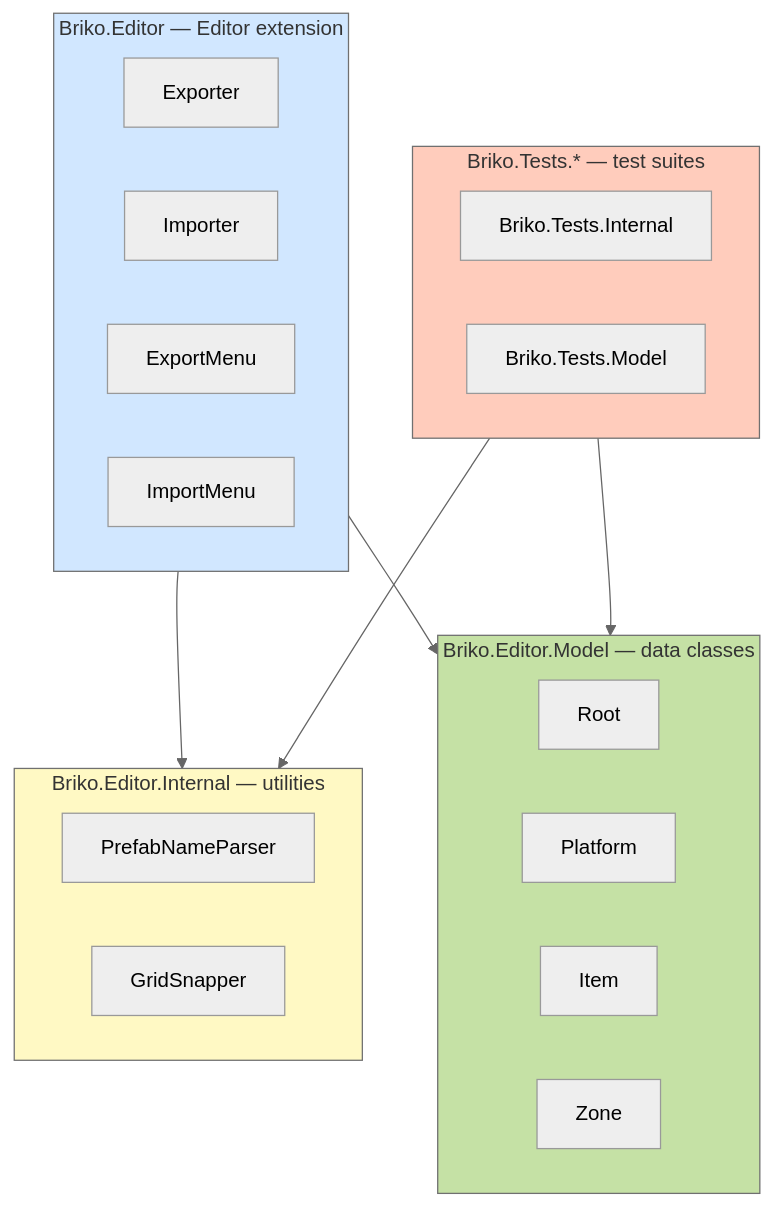
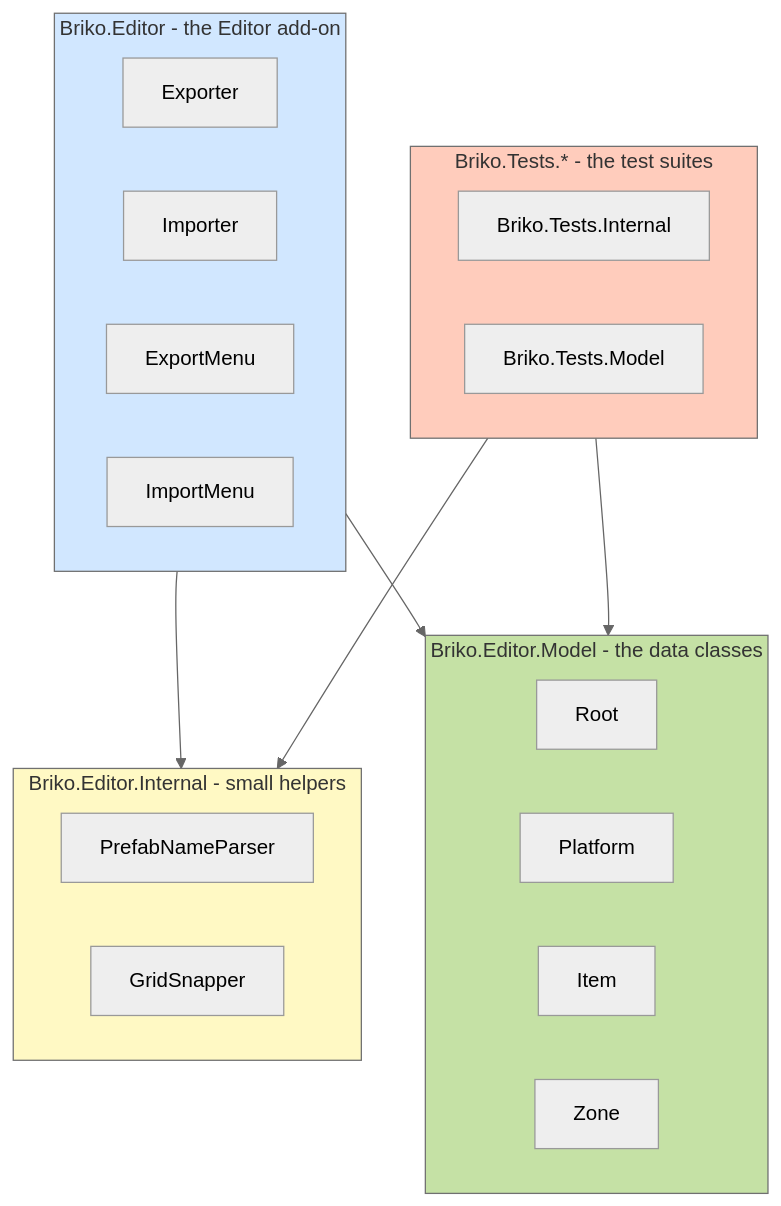
The eighth of 11 diagrams in README.md (hiroxpepe/briko), drawn with Mermaid (neutral theme) before and after one commit. The commit also changed other lines of this file and 1 other file, not shown here.

````diff
--- a/README.md
+++ b/README.md
@@ -317,36 +351,36 @@
 ```mermaid
 graph TB
-    subgraph Editor["Briko.Editor — Editor extension"]
+    subgraph Editor["Briko.Editor - the Editor add-on"]
         Exp[Exporter]
         Imp[Importer]
         EM[ExportMenu]
         IM[ImportMenu]
     end
 
-    subgraph Internal["Briko.Editor.Internal — utilities"]
+    subgraph Internal["Briko.Editor.Internal - small helpers"]
         Parse[PrefabNameParser]
         Snap[GridSnapper]
     end
 
-    subgraph Model["Briko.Editor.Model — data classes"]
+    subgraph Model["Briko.Editor.Model - the data classes"]
         Root[Root]
         Plat[Platform]
         Item[Item]
         Zone[Zone]
     end
 
-    subgraph Tests["Briko.Tests.* — test suites"]
+    subgraph Tests["Briko.Tests.* - the test suites"]
         TestI[Briko.Tests.Internal]
         TestM[Briko.Tests.Model]
     end
 
     Editor --> Internal
     Editor --> Model
     Tests --> Internal
     Tests --> Model
 
     style Editor fill:#d1e7ff
     style Internal fill:#fff9c4
     style Model fill:#c5e1a5
     style Tests fill:#ffccbc
 ```
````
